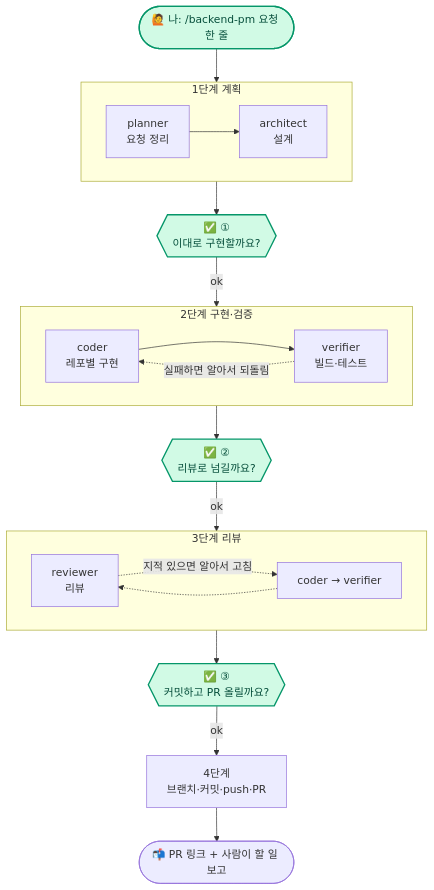
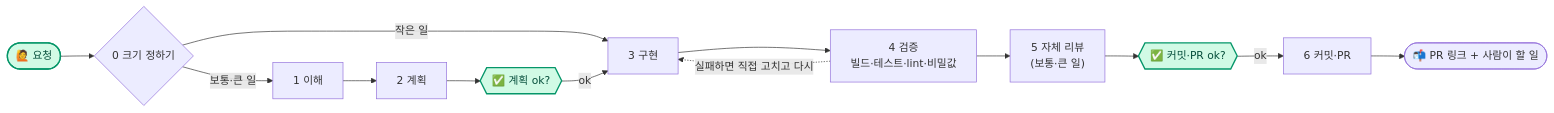
One commit to sesac-freshlink/.github changed the diagram in README.md. Above: the diagram before and after it, drawn with Mermaid. The commit also changed other lines of this file and 46 other files, not shown here.

````diff
--- a/README.md
+++ b/README.md
@@ -55,31 +27,14 @@
 ```mermaid
-flowchart TB
-    REQ(["🙋 나: /backend-pm 요청 한 줄"]) --> S1
-
-    subgraph S1["1단계 계획"]
-        direction LR
-        P1["planner<br/>요청 정리"] --> P2["architect<br/>설계"]
-    end
-    S1 --> G1{{"✅ ①<br/>이대로 구현할까요?"}}
-    G1 -- ok --> S2
-
-    subgraph S2["2단계 구현·검증"]
-        direction LR
-        C1["coder<br/>레포별 구현"] --> V1["verifier<br/>빌드·테스트"]
-        V1 -. 실패하면 알아서 되돌림 .-> C1
-    end
-    S2 --> G2{{"✅ ②<br/>리뷰로 넘길까요?"}}
-    G2 -- ok --> S3
-
-    subgraph S3["3단계 리뷰"]
-        direction LR
-        R1["reviewer<br/>리뷰"] -. 지적 있으면 알아서 고침 .-> R2["coder → verifier"]
-        R2 -.-> R1
-    end
-    S3 --> G3{{"✅ ③<br/>커밋하고 PR 올릴까요?"}}
-    G3 -- ok --> S4["4단계<br/>브랜치·커밋·push·PR"]
-    S4 --> DONE(["📬 PR 링크 + 사람이 할 일 보고"])
+flowchart LR
+    REQ(["🙋 요청"]) --> S0{"0 크기 정하기"}
+    S0 -- 작은 일 --> S3
+    S0 -- 보통·큰 일 --> S1["1 이해"] --> S2["2 계획"] --> G1{{"✅ 계획 ok?"}}
+    G1 -- ok --> S3["3 구현"] --> S4["4 검증<br/>빌드·테스트·lint·비밀값"]
+    S4 -. 실패하면 직접 고치고 다시 .-> S3
+    S4 --> S5["5 자체 리뷰<br/>(보통·큰 일)"]
+    S5 --> G2{{"✅ 커밋·PR ok?"}}
+    G2 -- ok --> S6["6 커밋·PR"] --> DONE(["📬 PR 링크 + 사람이 할 일"])
 
     classDef me fill:#d1fae5,stroke:#059669,stroke-width:2px,color:#064e3b
-    class REQ,G1,G2,G3 me
+    class REQ,G1,G2 me
 ```
````
